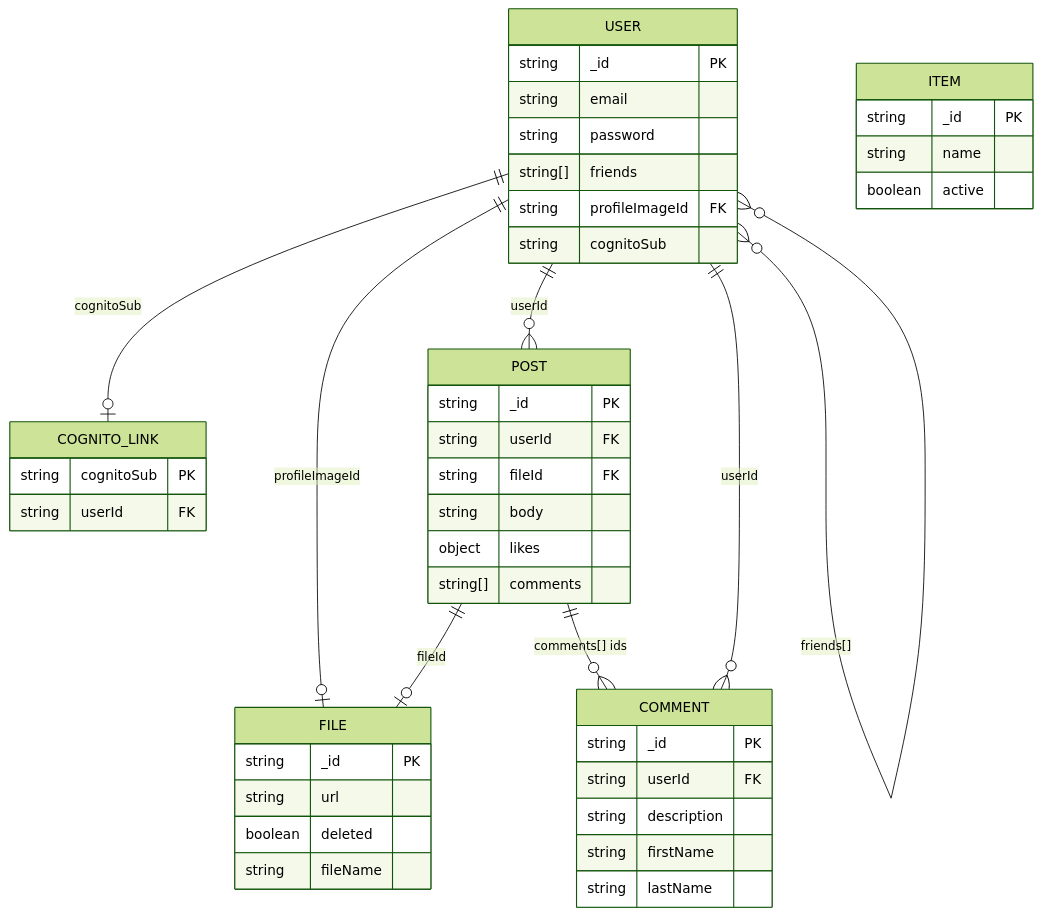
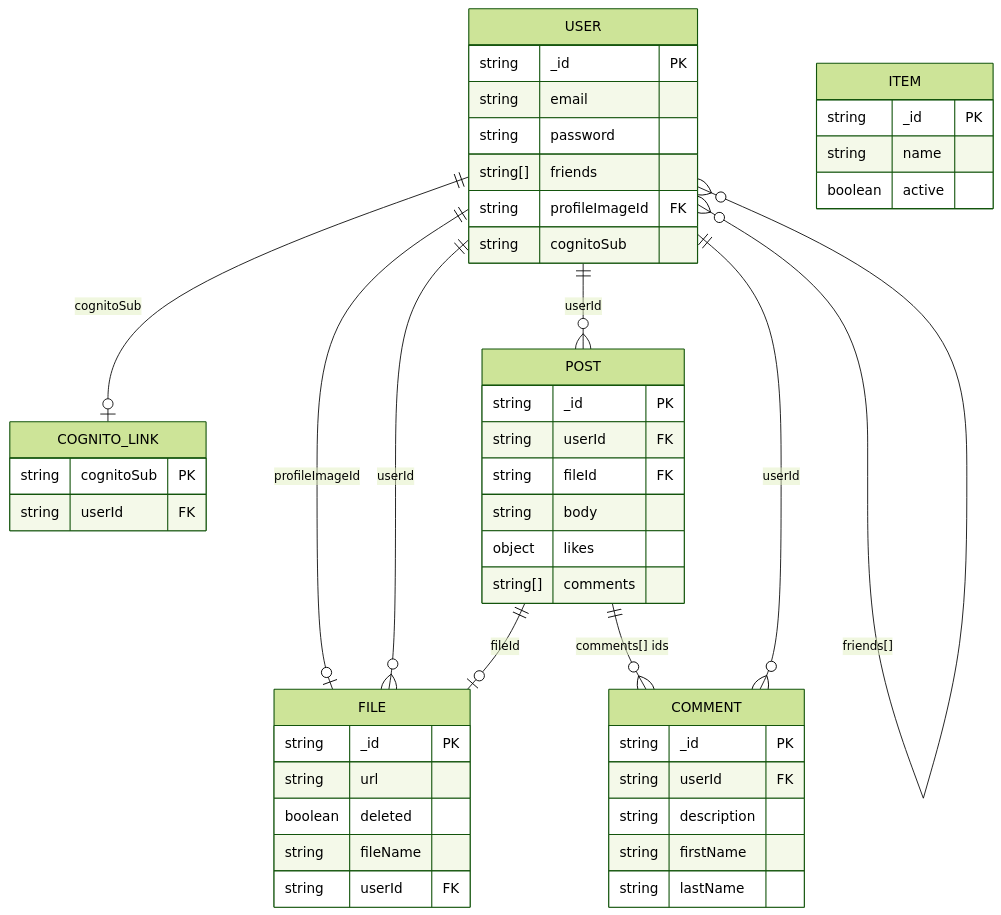
The diagram in docs/data-model.md (JuanSebastianGB/share-social-media), drawn with Mermaid (forest theme) before and after one commit. The commit also changed other lines of this file and 29 other files, not shown here.

````diff
--- a/docs/data-model.md
+++ b/docs/data-model.md
@@ -229,49 +230,51 @@
 ```mermaid
 erDiagram
     USER {
         string _id PK
         string email
         string password
         string[] friends
         string profileImageId FK
         string cognitoSub
     }
     COGNITO_LINK {
         string cognitoSub PK
         string userId FK
     }
     POST {
         string _id PK
         string userId FK
         string fileId FK
         string body
         object likes
         string[] comments
     }
     COMMENT {
         string _id PK
         string userId FK
         string description
         string firstName
         string lastName
     }
     FILE {
         string _id PK
         string url
         boolean deleted
         string fileName
+        string userId FK
     }
     ITEM {
         string _id PK
         string name
         boolean active
     }
 
     USER ||--o| COGNITO_LINK : "cognitoSub"
     USER ||--o| FILE : "profileImageId"
+    USER ||--o{ FILE : "userId"
     USER ||--o{ POST : "userId"
     USER ||--o{ COMMENT : "userId"
     USER }o--o{ USER : "friends[]"
     POST ||--o| FILE : "fileId"
     POST ||--o{ COMMENT : "comments[] ids"
 ```
````
